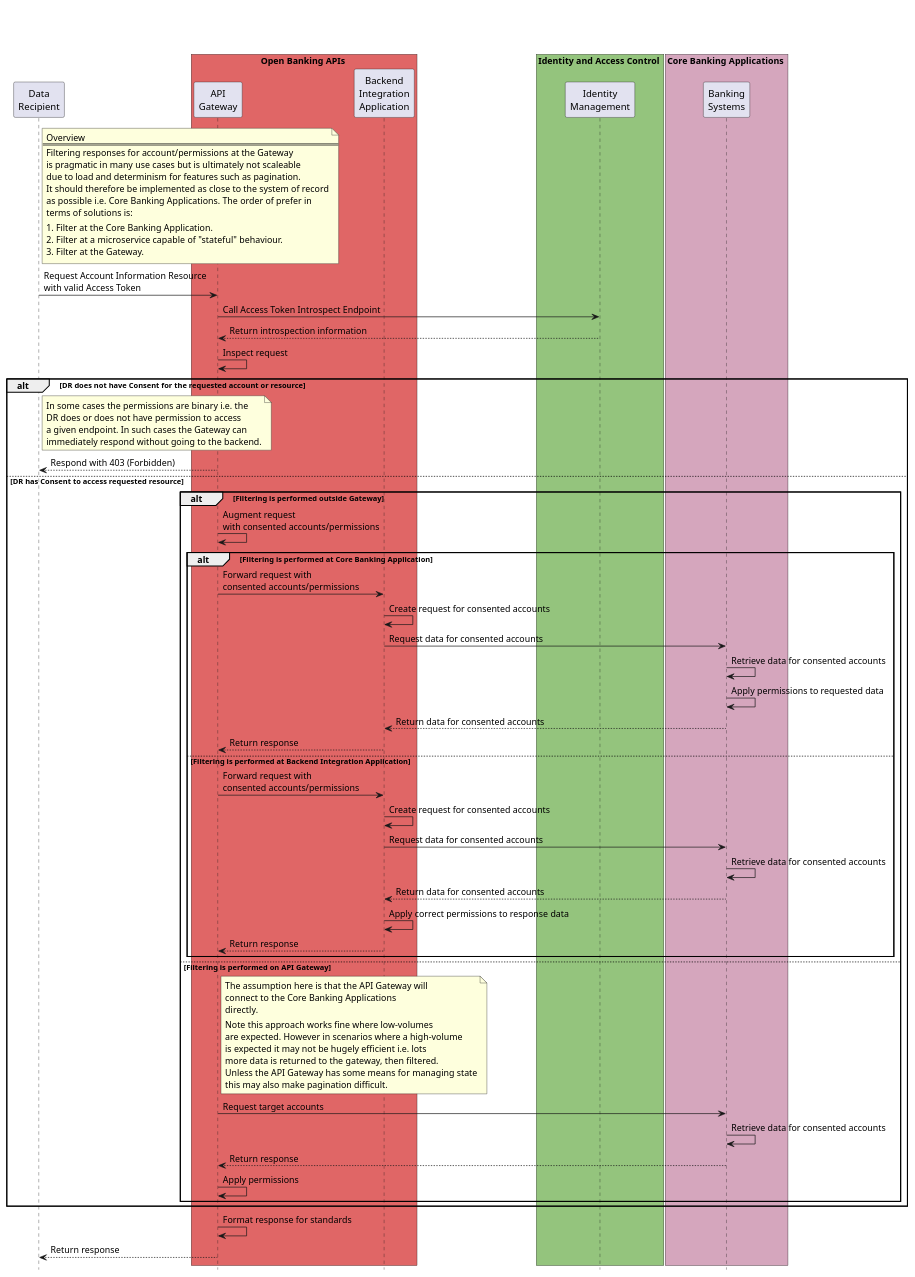
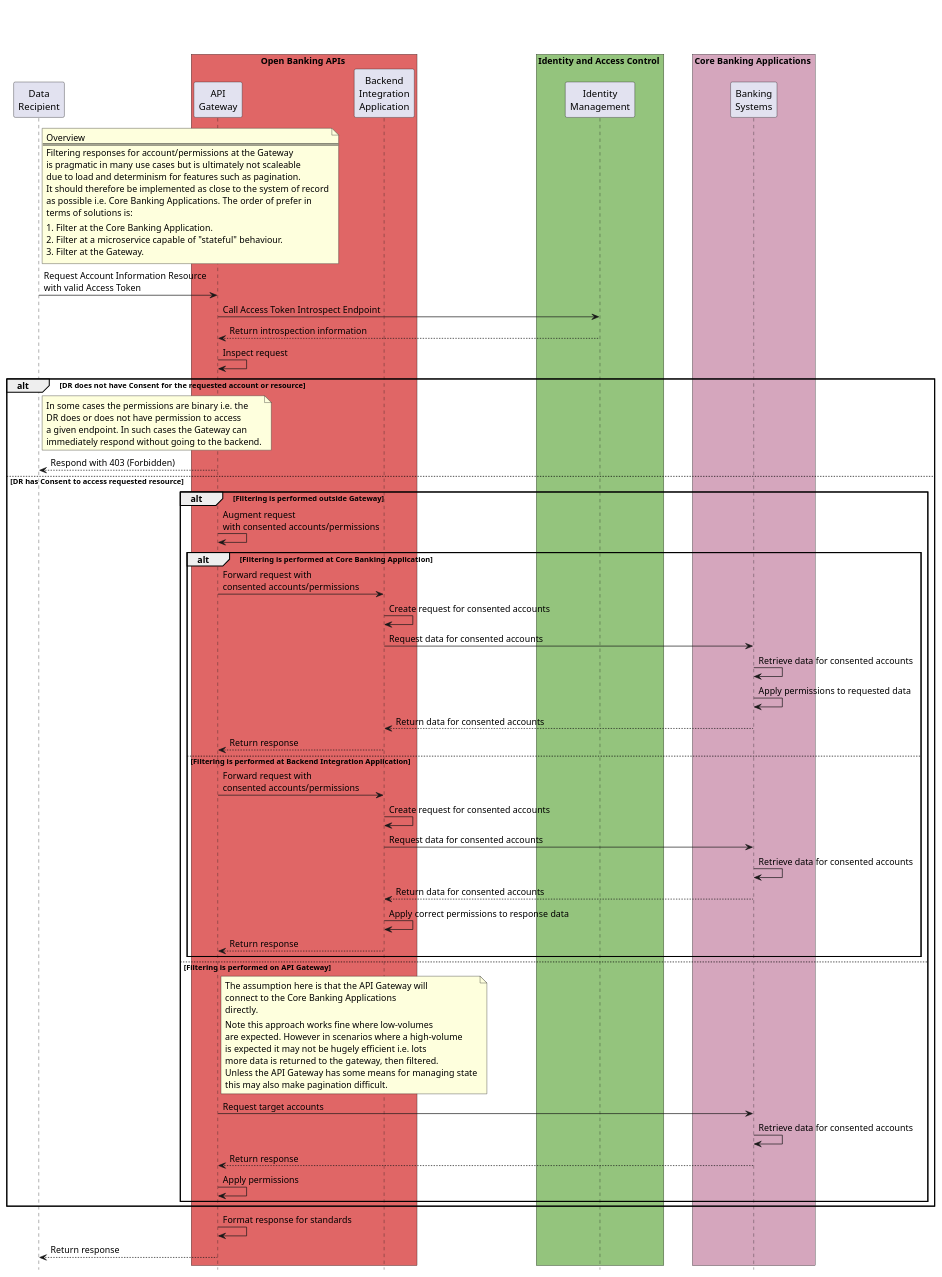
The diagram in src/plant-uml/user-consent-filtering-arch-overview.puml (Axway/open-banking-docs), drawn with PlantUML before and after one commit. The commit also changed 61 other files, not shown here.

```diff
--- a/src/plant-uml/user-consent-filtering-arch-overview.puml
+++ b/src/plant-uml/user-consent-filtering-arch-overview.puml
@@ -1,108 +1,109 @@
 @startuml Applying_Consent_Sequence
 
 title \n\n
 
 participant "Data\nRecipient" as DR
 
 box Open Banking APIs #e06666 
 participant "API\nGateway" as API_GATEWAY
 participant "Backend\nIntegration\nApplication" as BIA
 end box
 
 box Identity and Access Control #94c47d
 participant "Identity\nManagement" as IAM
 end box
 
 box Core Banking Applications #d5a6bd
 participant "Banking\nSystems" as ASPSP_API
 end box
 
 hide footbox
 
+skinparam BoxPadding 20
 
 note right of DR
 Overview
 ===
 Filtering responses for account/permissions at the Gateway
 is pragmatic in many use cases but is ultimately not scaleable
 due to load and determinism for features such as pagination.
 It should therefore be implemented as close to the system of record
 as possible i.e. Core Banking Applications. The order of prefer in
 terms of solutions is:
 |||
 1. Filter at the Core Banking Application.
 2. Filter at a microservice capable of "stateful" behaviour.
 3. Filter at the Gateway.
 end note
 
 DR -> API_GATEWAY: Request Account Information Resource\nwith valid Access Token
 
 API_GATEWAY -> IAM: Call Access Token Introspect Endpoint
 API_GATEWAY <-- IAM: Return introspection information
 API_GATEWAY -> API_GATEWAY: Inspect request
 
 alt DR does not have Consent for the requested account or resource
 
 note right of DR
 In some cases the permissions are binary i.e. the
 DR does or does not have permission to access
 a given endpoint. In such cases the Gateway can
 immediately respond without going to the backend.
 end note
 
 DR <-- API_GATEWAY: Respond with 403 (Forbidden)
 
 else DR has Consent to access requested resource
 
 alt Filtering is performed outside Gateway
 API_GATEWAY -> API_GATEWAY: Augment request\nwith consented accounts/permissions
 
 alt Filtering is performed at Core Banking Application
 
 API_GATEWAY -> BIA: Forward request with\nconsented accounts/permissions
 BIA -> BIA: Create request for consented accounts
 BIA -> ASPSP_API: Request data for consented accounts
 ASPSP_API -> ASPSP_API: Retrieve data for consented accounts
 ASPSP_API -> ASPSP_API: Apply permissions to requested data
 BIA <-- ASPSP_API: Return data for consented accounts
 API_GATEWAY <-- BIA: Return response
 
 else Filtering is performed at Backend Integration Application
 
 API_GATEWAY -> BIA: Forward request with\nconsented accounts/permissions
 BIA -> BIA: Create request for consented accounts
 BIA -> ASPSP_API: Request data for consented accounts
 ASPSP_API -> ASPSP_API: Retrieve data for consented accounts
 BIA <-- ASPSP_API: Return data for consented accounts
 BIA -> BIA: Apply correct permissions to response data
 API_GATEWAY <-- BIA: Return response
 
 end alt
 
 else Filtering is performed on API Gateway
 
 note right of API_GATEWAY
 The assumption here is that the API Gateway will
 connect to the Core Banking Applications 
 directly.
 |||
 Note this approach works fine where low-volumes
 are expected. However in scenarios where a high-volume
 is expected it may not be hugely efficient i.e. lots
 more data is returned to the gateway, then filtered.
 Unless the API Gateway has some means for managing state
 this may also make pagination difficult.
 end note
 
 API_GATEWAY -> ASPSP_API: Request target accounts
 ASPSP_API -> ASPSP_API: Retrieve data for consented accounts
 API_GATEWAY <-- ASPSP_API: Return response
 API_GATEWAY -> API_GATEWAY: Apply permissions
 
 end alt
 end alt
 
 API_GATEWAY -> API_GATEWAY: Format response for standards
 DR <-- API_GATEWAY: Return response
 
 @enduml
```
